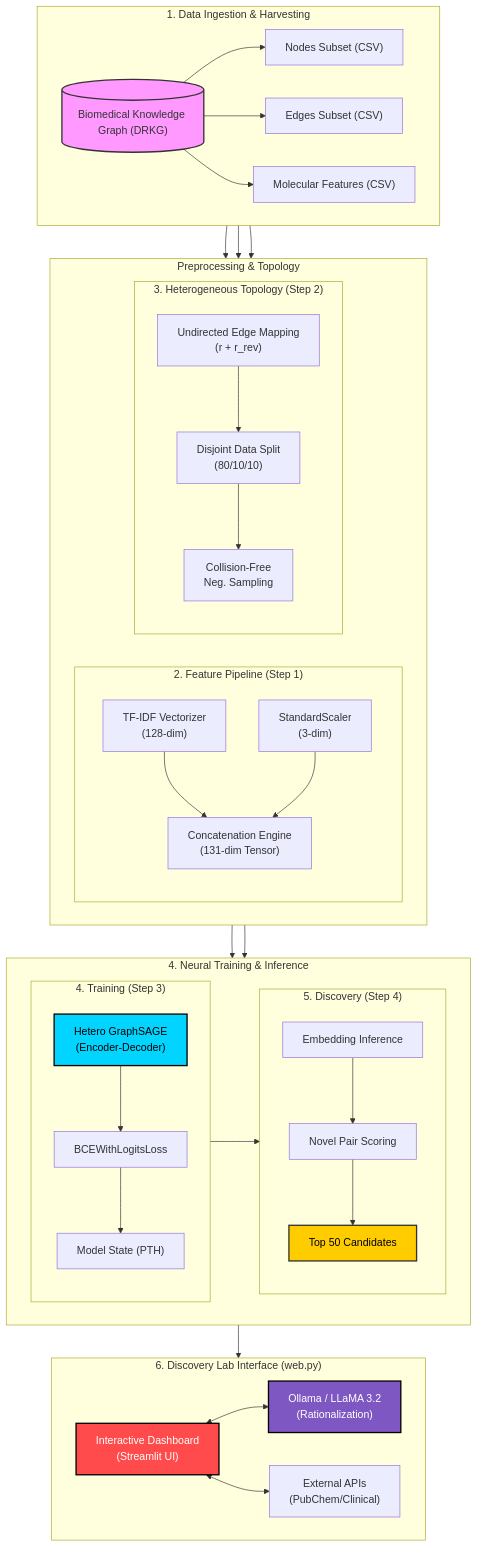
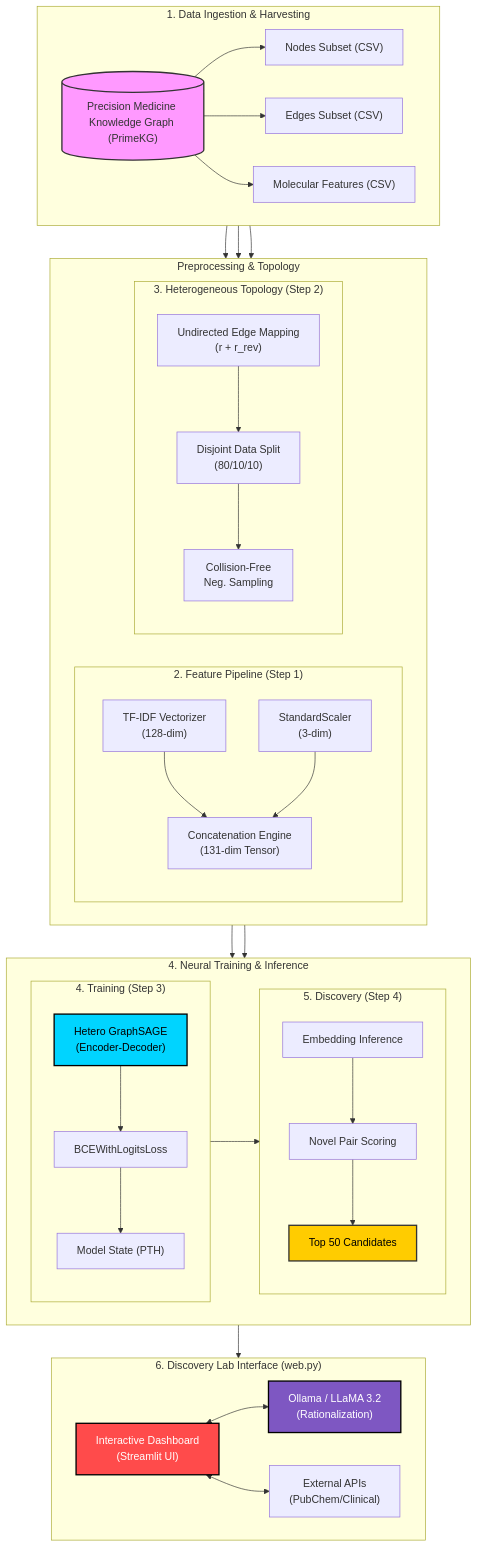
Before and after one commit to ojhaprathmesh/Rapid_AI_Drug_Repurposing_Repo: the diagram in docs/SYSTEM_ARCHITECTURE.mmd, drawn with Mermaid. The commit also changed 4 other files, not shown here.

Commit message:
docs: Align all repository documentation and diagrams with PrimeKG and Rapid_AI

```diff
--- a/docs/SYSTEM_ARCHITECTURE.mmd
+++ b/docs/SYSTEM_ARCHITECTURE.mmd
@@ -1,75 +1,75 @@
 graph TD
     subgraph Data_Tier ["1. Data Ingestion & Harvesting"]
         direction LR
-        DRKG[("Biomedical Knowledge Graph (DRKG)")]
+        PrimeKG[("Precision Medicine Knowledge Graph (PrimeKG)")]
         Nodes["Nodes Subset (CSV)"]
         Edges["Edges Subset (CSV)"]
         Feat["Molecular Features (CSV)"]
-        DRKG --> Nodes
-        DRKG --> Edges
-        DRKG --> Feat
+        PrimeKG --> Nodes
+        PrimeKG --> Edges
+        PrimeKG --> Feat
     end
 
     subgraph Processing_Tier ["Preprocessing & Topology"]
         direction LR
         subgraph Feature_Engineering ["2. Feature Pipeline (Step 1)"]
             direction TB
             TFIDF["TF-IDF Vectorizer<br/>(128-dim)"]
             Scaler["StandardScaler<br/>(3-dim)"]
             Concat["Concatenation Engine<br/>(131-dim Tensor)"]
             TFIDF & Scaler --> Concat
         end
 
         subgraph Graph_Logic ["3. Heterogeneous Topology (Step 2)"]
             direction TB
             Undirected["Undirected Edge Mapping<br/>(r + r_rev)"]
             Split["Disjoint Data Split<br/>(80/10/10)"]
             NegSamp["Collision-Free<br/>Neg. Sampling"]
             Undirected --> Split --> NegSamp
         end
     end
 
     Nodes --> TFIDF
     Feat --> Scaler
     Edges --> Undirected
 
     subgraph Model_Tier ["4. Neural Training & Inference"]
         direction LR
         subgraph Model_Engine ["4. Training (Step 3)"]
             direction TB
             SAGE["Hetero GraphSAGE<br/>(Encoder-Decoder)"]
             Loss["BCEWithLogitsLoss"]
             Weights["Model State (PTH)"]
             SAGE --> Loss --> Weights
         end
 
         subgraph Discovery_Inference ["5. Discovery (Step 4)"]
             direction TB
             Inference["Embedding Inference"]
             Scoring["Novel Pair Scoring"]
             Ranking["Top 50 Candidates"]
             Inference --> Scoring --> Ranking
         end
     end
 
     Concat & NegSamp --> SAGE
     Weights --> Inference
 
     subgraph Dashboard_UX ["6. Discovery Lab Interface (web.py)"]
         direction LR
         Streamlit["Interactive Dashboard<br/>(Streamlit UI)"]
         LLM["Ollama / LLaMA 3.2<br/>(Rationalization)"]
         APIs["External APIs<br/>(PubChem/Clinical)"]
         
         Streamlit <--> LLM
         Streamlit <--> APIs
     end
 
     Ranking --> Streamlit
 
     %% Styling
-    style DRKG fill:#f9f,stroke:#333,stroke-width:2px
+    style PrimeKG fill:#f9f,stroke:#333,stroke-width:2px
     style SAGE fill:#00d4ff,stroke:#000,stroke-width:2px,color:#000
     style Streamlit fill:#ff4b4b,stroke:#000,stroke-width:2px,color:#fff
     style LLM fill:#7e57c2,stroke:#000,stroke-width:2px,color:#fff
     style Ranking fill:#ffcc00,stroke:#333,stroke-width:2px,color:#000
```
